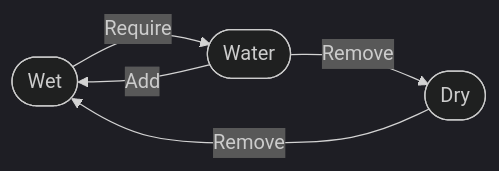
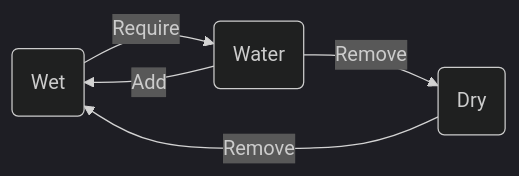
One commit to pancsta/asyncmachine-go changed the sixth of 7 diagrams in pkg/machine/README.md. Above: the diagram before and after it, drawn with Mermaid (dark theme). The commit also changed other lines of this file and 18 other files, not shown here.

````diff
--- a/pkg/machine/README.md
+++ b/pkg/machine/README.md
@@ -156,10 +159,10 @@
 ```mermaid
 flowchart LR
-    Wet([Wet])
-    Dry([Dry])
-    Water([Water])
+    Wet(Wet)
+    Dry(Dry)
+    Water(Water)
     Wet -- Require --> Water
     Dry -- Remove --> Wet
     Water -- Add --> Wet
     Water -- Remove --> Dry
 ```
````
